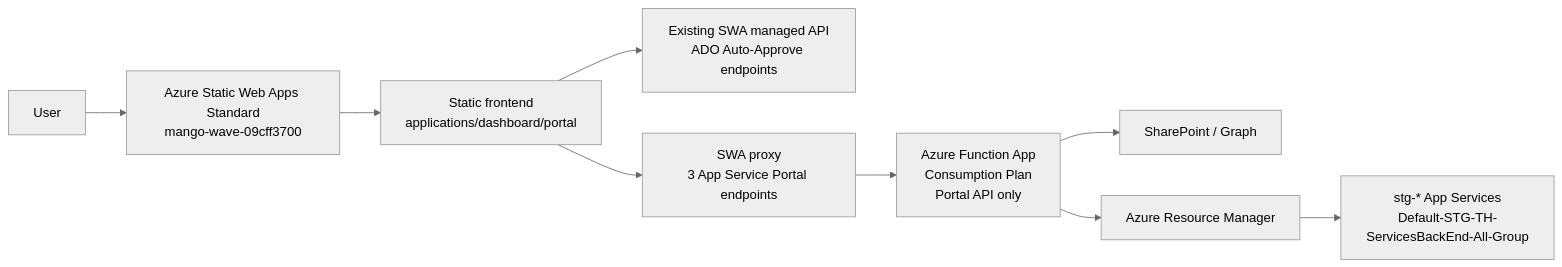
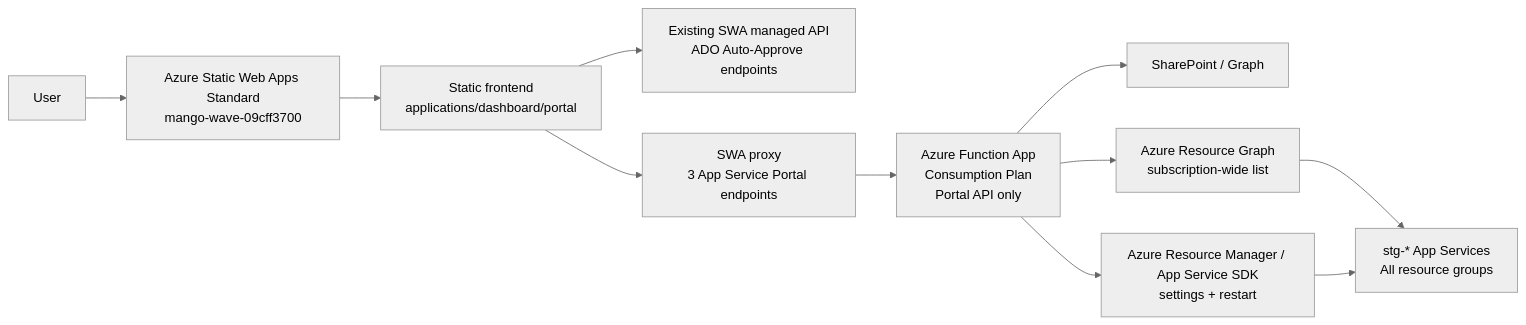
Before and after one commit to birdzee4-cmd/ado-auto-approve: the diagram in docs/function-app-api-migration-plan.md, drawn with Mermaid (neutral theme). The commit also changed other lines of this file and 4 other files, not shown here.

````diff
--- a/docs/function-app-api-migration-plan.md
+++ b/docs/function-app-api-migration-plan.md
@@ -35,11 +61,13 @@
 ```mermaid
 flowchart LR
   User["User"] --> SWA["Azure Static Web Apps Standard<br/>mango-wave-09cff3700"]
   SWA --> Frontend["Static frontend<br/>applications/dashboard/portal"]
   Frontend --> AdoApi["Existing SWA managed API<br/>ADO Auto-Approve endpoints"]
   Frontend --> PortalProxy["SWA proxy<br/>3 App Service Portal endpoints"]
   PortalProxy --> FunctionApp["Azure Function App<br/>Consumption Plan<br/>Portal API only"]
   FunctionApp --> SP["SharePoint / Graph"]
-  FunctionApp --> ARM["Azure Resource Manager"]
-  ARM --> AppServices["stg-* App Services<br/>Default-STG-TH-ServicesBackEnd-All-Group"]
+  FunctionApp --> ARG["Azure Resource Graph<br/>subscription-wide list"]
+  FunctionApp --> ARM["Azure Resource Manager / App Service SDK<br/>settings + restart"]
+  ARG --> AppServices["stg-* App Services<br/>All resource groups"]
+  ARM --> AppServices
 ```
````
